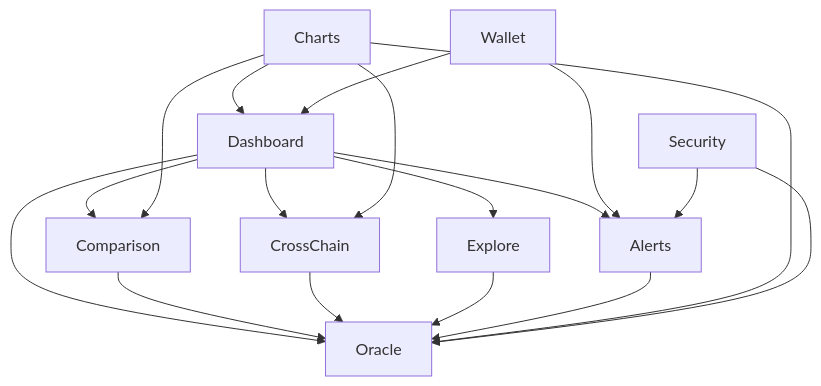
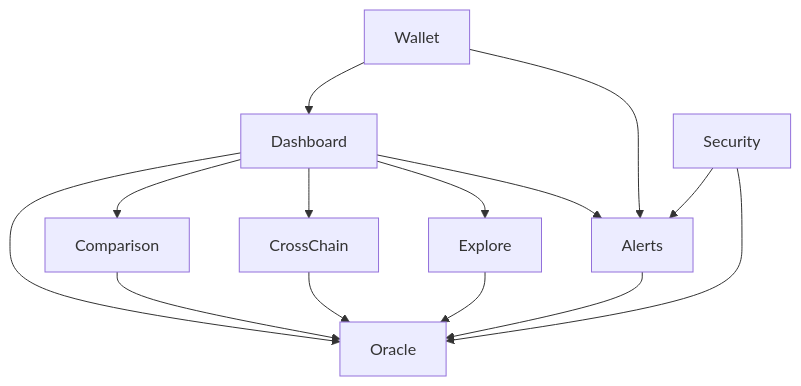
Before and after one commit to imokokok/Insight-beta: the diagram in docs/architecture/modules.md, drawn with Mermaid. The commit also changed other lines of this file and 254 other files, not shown here.

````diff
--- a/docs/architecture/modules.md
+++ b/docs/architecture/modules.md
@@ -323,24 +348,19 @@
 ```mermaid
 graph TD
     Dashboard[Dashboard] --> Oracle[Oracle]
     Dashboard --> Comparison[Comparison]
     Dashboard --> CrossChain[CrossChain]
     Dashboard --> Explore[Explore]
     Dashboard --> Alerts[Alerts]
 
     Comparison --> Oracle
     CrossChain --> Oracle
     Explore --> Oracle
     Alerts --> Oracle
 
-    Charts[Charts] --> Dashboard
-    Charts --> Oracle
-    Charts --> Comparison
-    Charts --> CrossChain
-
     Wallet[Wallet] --> Dashboard
     Wallet --> Alerts
 
     Security[Security] --> Oracle
     Security --> Alerts
 ```
````
